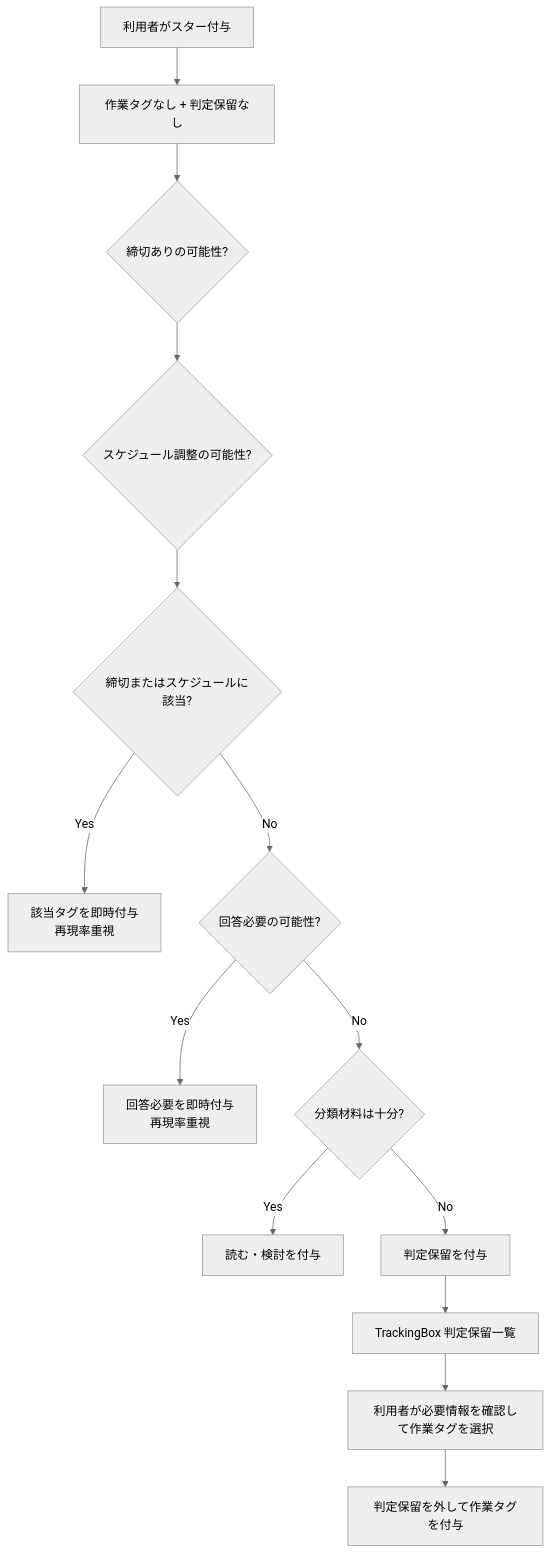
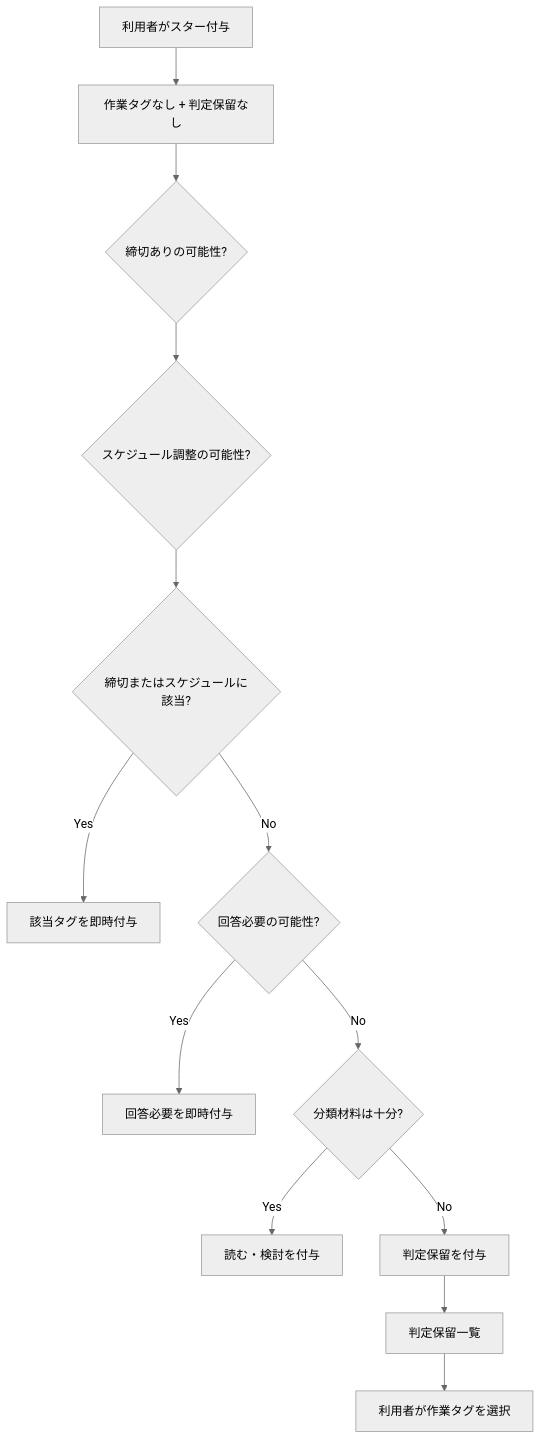
The first of 3 diagrams in docs/design_workflow.md (a3suger/WorkInBox), drawn with Mermaid (neutral theme) before and after one commit. The commit also changed other lines of this file, not shown here.

````diff
--- a/docs/design_workflow.md
+++ b/docs/design_workflow.md
@@ -429,16 +507,15 @@
 ```mermaid
 flowchart TD
     A[利用者がスター付与] --> B[作業タグなし + 判定保留なし]
     B --> C{締切ありの可能性?}
     C --> D{スケジュール調整の可能性?}
     D --> E{締切またはスケジュールに該当?}
-    E -- Yes --> F[該当タグを即時付与<br/>再現率重視]
+    E -- Yes --> F[該当タグを即時付与]
     E -- No --> G{回答必要の可能性?}
-    G -- Yes --> H[回答必要を即時付与<br/>再現率重視]
+    G -- Yes --> H[回答必要を即時付与]
     G -- No --> I{分類材料は十分?}
     I -- Yes --> J[読む・検討を付与]
     I -- No --> K[判定保留を付与]
-    K --> L[TrackingBox 判定保留一覧]
-    L --> M[利用者が必要情報を確認して作業タグを選択]
-    M --> N[判定保留を外して作業タグを付与]
+    K --> L[判定保留一覧]
+    L --> M[利用者が作業タグを選択]
 ```
````
